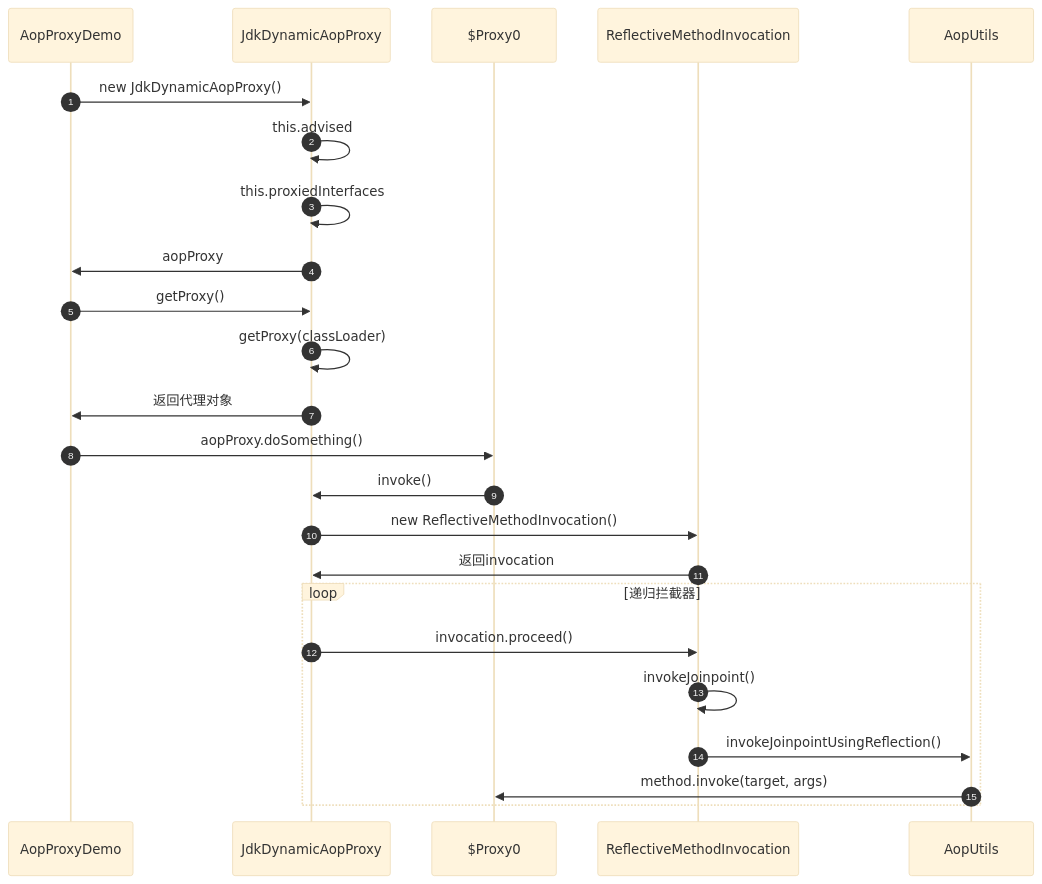
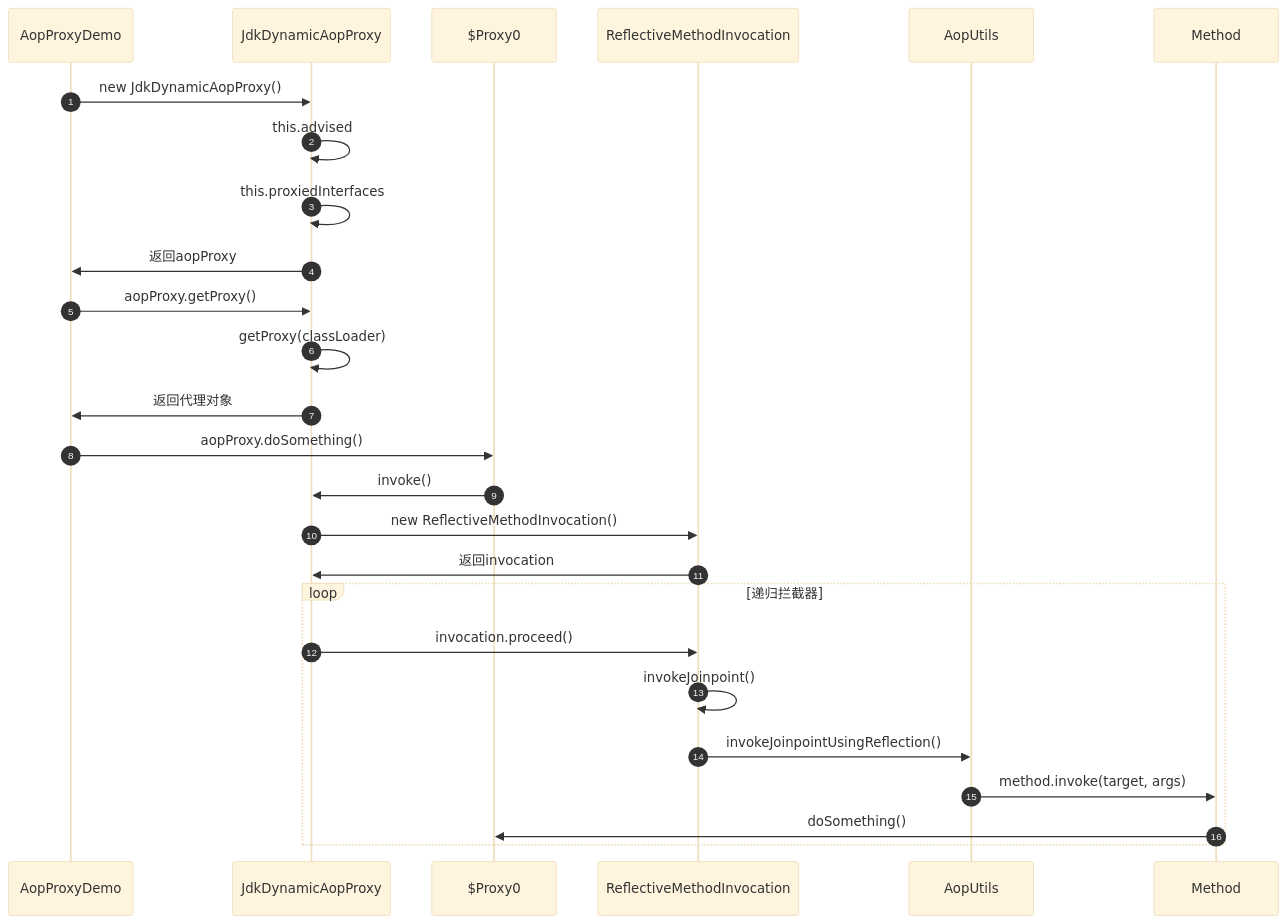
Before and after one commit to xuchengsheng/spring-reading: the first of 2 diagrams in spring-aop/spring-aop-aopProxy/README.md, drawn with Mermaid (base theme). The commit also changed other lines of this file and 1 other file, not shown here.

Commit message:
AopProxy源码分析

```diff
--- a/spring-aop/spring-aop-aopProxy/README.md
+++ b/spring-aop/spring-aop-aopProxy/README.md
@@ -197,22 +197,23 @@
 ~~~mermaid
 sequenceDiagram
 autonumber
 AopProxyDemo->>JdkDynamicAopProxy:new JdkDynamicAopProxy()
 JdkDynamicAopProxy->>JdkDynamicAopProxy:this.advised
 JdkDynamicAopProxy->>JdkDynamicAopProxy:this.proxiedInterfaces
-JdkDynamicAopProxy->>AopProxyDemo:aopProxy
-AopProxyDemo->>JdkDynamicAopProxy:getProxy()
+JdkDynamicAopProxy->>AopProxyDemo:返回aopProxy
+AopProxyDemo->>JdkDynamicAopProxy:aopProxy.getProxy()
 JdkDynamicAopProxy->>JdkDynamicAopProxy:getProxy(classLoader)
 JdkDynamicAopProxy->>AopProxyDemo:返回代理对象
 AopProxyDemo->>$Proxy0:aopProxy.doSomething()
 $Proxy0->>JdkDynamicAopProxy:invoke()
 JdkDynamicAopProxy->>ReflectiveMethodInvocation:new ReflectiveMethodInvocation()
 ReflectiveMethodInvocation->>JdkDynamicAopProxy:返回invocation
 loop 递归拦截器
     JdkDynamicAopProxy->>ReflectiveMethodInvocation:invocation.proceed()
     ReflectiveMethodInvocation->>ReflectiveMethodInvocation:invokeJoinpoint()
     ReflectiveMethodInvocation->>AopUtils:invokeJoinpointUsingReflection()
-    AopUtils->>$Proxy0:method.invoke(target, args)
+    AopUtils->>Method:method.invoke(target, args)
+    Method->>$Proxy0:doSomething()
 end
 
 ~~~
```
